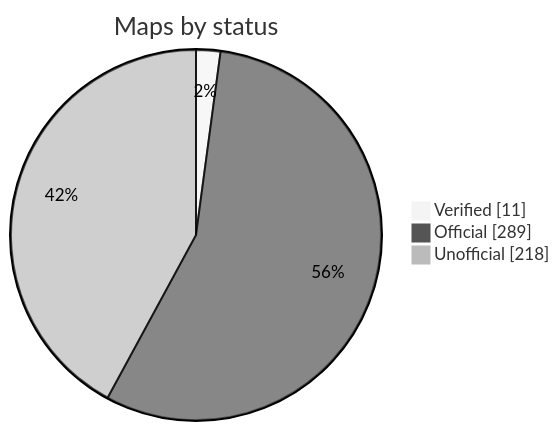
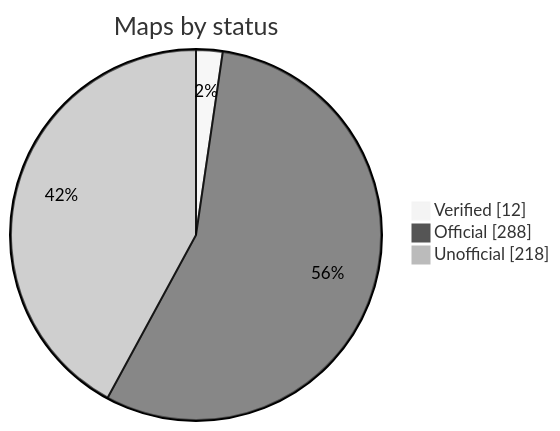
Before and after one commit to nobrega8/mbmap-library: the diagram in README.md, drawn with Mermaid (neutral theme). The commit also changed 5 other files, not shown here.

````diff
--- a/README.md
+++ b/README.md
@@ -52,7 +52,7 @@
 ```mermaid
 pie showData
     title Maps by status
-    "Verified" : 11
-    "Official" : 289
+    "Verified" : 12
+    "Official" : 288
     "Unofficial" : 218
 ```
````
